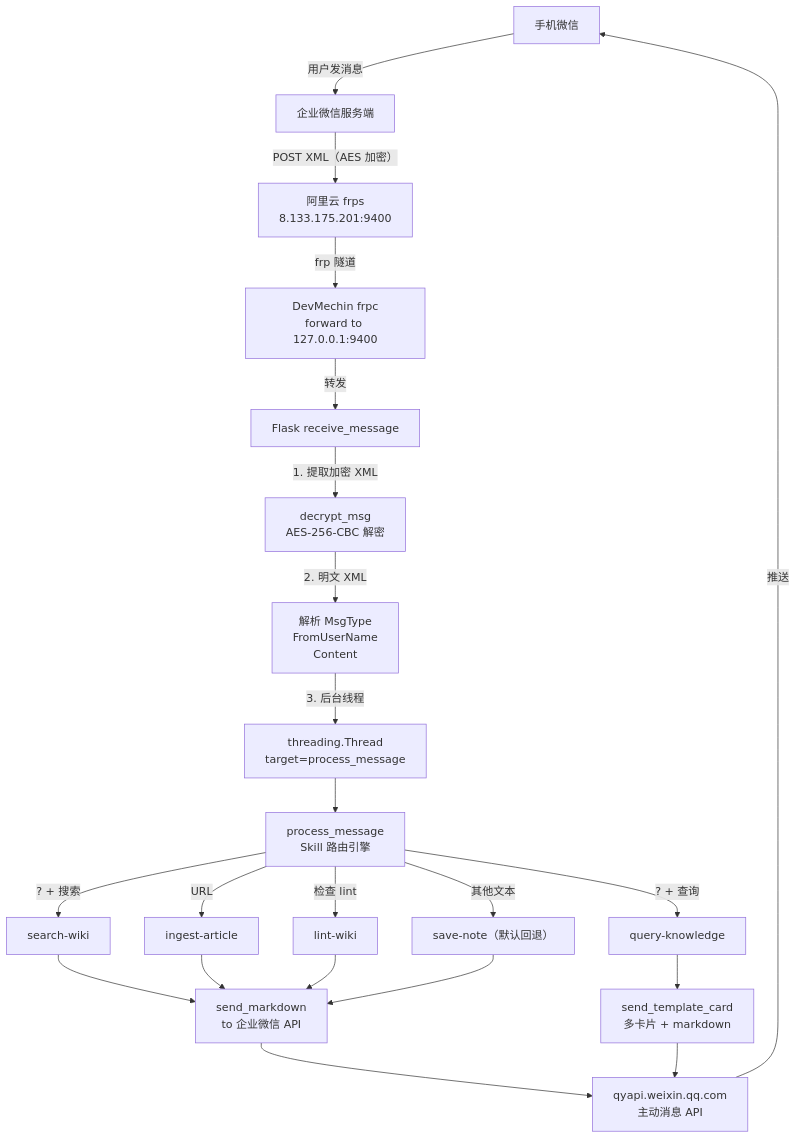
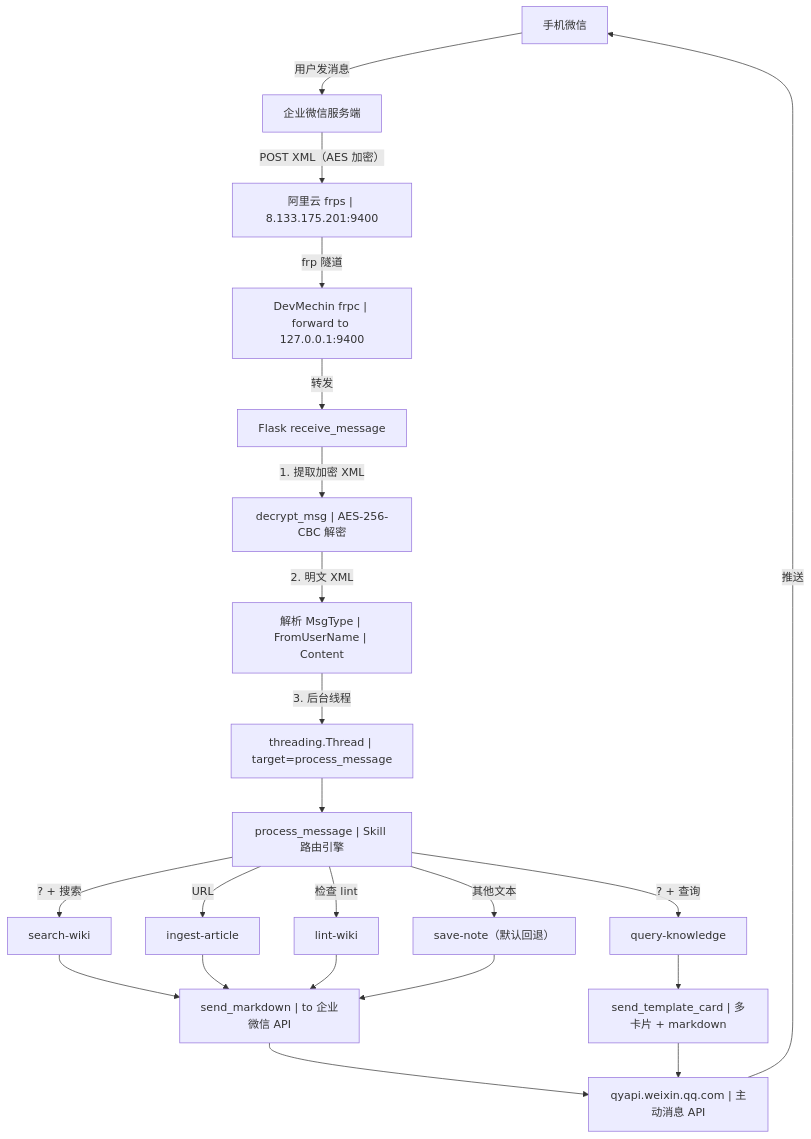
One commit to JXY001A/knowledge-wiki changed the second of 8 diagrams in wiki/综合分析/2026-05-23 Phase 2 实现详细流程图.md. Above: the diagram before and after it, drawn with Mermaid. The commit also changed other lines of this file, not shown here.

Commit message:
fix: 全文档 45 处 br 替换为竖线 — 彻底消除 Unsupported markdown: list

````diff
--- a/wiki/综合分析/2026-05-23 Phase 2 实现详细流程图.md
+++ b/wiki/综合分析/2026-05-23 Phase 2 实现详细流程图.md
@@ -130,29 +130,29 @@
 ```mermaid
 flowchart TD
     WX["手机微信"] -->|"用户发消息"| WXServer["企业微信服务端"]
-    WXServer -->|"POST XML（AES 加密）"| Frps["阿里云 frps<br/>8.133.175.201:9400"]
-    Frps -->|"frp 隧道"| Frpc["DevMechin frpc<br/>forward to 127.0.0.1:9400"]
+    WXServer -->|"POST XML（AES 加密）"| Frps["阿里云 frps | 8.133.175.201:9400"]
+    Frps -->|"frp 隧道"| Frpc["DevMechin frpc | forward to 127.0.0.1:9400"]
     Frpc -->|"转发"| Flask["Flask receive_message"]
 
-    Flask -->|"1. 提取加密 XML"| Decrypt["decrypt_msg<br/>AES-256-CBC 解密"]
-    Decrypt -->|"2. 明文 XML"| Parse["解析 MsgType<br/>FromUserName<br/>Content"]
-    Parse -->|"3. 后台线程"| Thread["threading.Thread<br/>target=process_message"]
+    Flask -->|"1. 提取加密 XML"| Decrypt["decrypt_msg | AES-256-CBC 解密"]
+    Decrypt -->|"2. 明文 XML"| Parse["解析 MsgType | FromUserName | Content"]
+    Parse -->|"3. 后台线程"| Thread["threading.Thread | target=process_message"]
 
-    Thread --> Dispatch["process_message<br/>Skill 路由引擎"]
+    Thread --> Dispatch["process_message | Skill 路由引擎"]
 
     Dispatch -->|"? + 搜索"| SkillSearch["search-wiki"]
     Dispatch -->|"? + 查询"| SkillQuery["query-knowledge"]
     Dispatch -->|"URL"| SkillIngest["ingest-article"]
     Dispatch -->|"检查 lint"| SkillLint["lint-wiki"]
     Dispatch -->|"其他文本"| SkillSave["save-note（默认回退）"]
 
-    SkillSearch --> Reply["send_markdown<br/>to 企业微信 API"]
-    SkillQuery --> ReplyCards["send_template_card<br/>多卡片 + markdown"]
+    SkillSearch --> Reply["send_markdown | to 企业微信 API"]
+    SkillQuery --> ReplyCards["send_template_card | 多卡片 + markdown"]
     SkillIngest --> Reply
     SkillLint --> Reply
     SkillSave --> Reply
 
-    Reply --> WXAPI["qyapi.weixin.qq.com<br/>主动消息 API"]
+    Reply --> WXAPI["qyapi.weixin.qq.com | 主动消息 API"]
     ReplyCards --> WXAPI
     WXAPI -->|"推送"| WX
 ```
````
